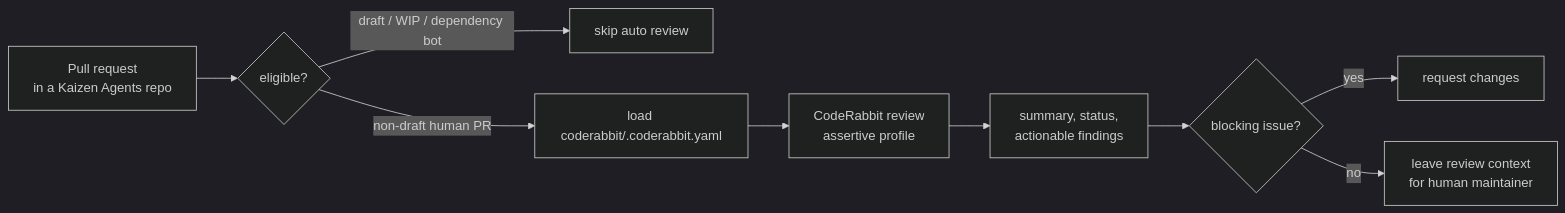
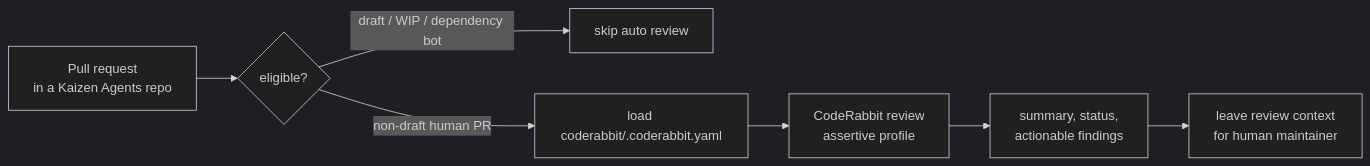
The diagram in README.md (kaizen-agents-org/coderabbit), drawn with Mermaid (dark theme) before and after one commit. The commit also changed other lines of this file and 1 other file, not shown here.

Commit message:
Disable CodeRabbit request-changes workflow

````diff
--- a/README.md
+++ b/README.md
@@ -9,11 +9,9 @@
 ```mermaid
 flowchart LR
     PR["Pull request<br/>in a Kaizen Agents repo"] --> Eligible{"eligible?"}
     Eligible -->|draft / WIP / dependency bot| Skip["skip auto review"]
     Eligible -->|non-draft human PR| Config["load coderabbit/.coderabbit.yaml"]
     Config --> Review["CodeRabbit review<br/>assertive profile"]
     Review --> Findings["summary, status,<br/>actionable findings"]
-    Findings --> Gate{"blocking issue?"}
-    Gate -->|yes| Changes["request changes"]
-    Gate -->|no| Continue["leave review context<br/>for human maintainer"]
+    Findings --> Continue["leave review context<br/>for human maintainer"]
 ```
````
